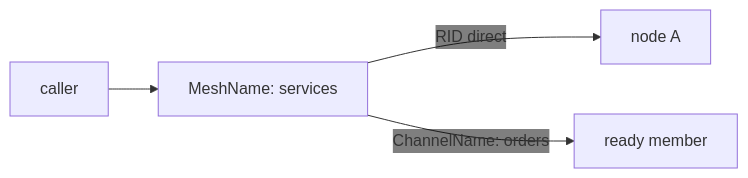
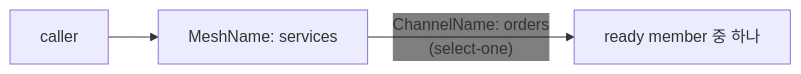
Before and after one commit to kairos-code-dev/zlink: the first of 10 diagrams in framework/doc/framework/dotnet/guide/03-concepts.ko.md, drawn with Mermaid. The commit also changed other lines of this file, not shown here.

````diff
--- a/framework/doc/framework/dotnet/guide/03-concepts.ko.md
+++ b/framework/doc/framework/dotnet/guide/03-concepts.ko.md
@@ -34,7 +40,6 @@
 ```mermaid
 %%{init: {'themeVariables': {'edgeLabelBackground':'transparent'}}}%%
 graph LR
     C["caller"] --> M["MeshName: services"]
-    M -->|"RID direct"| A["node A"]
-    M -->|"ChannelName: orders"| B["ready member"]
+    M -->|"ChannelName: orders<br/>(select-one)"| B["ready member 중 하나"]
 ```
````
